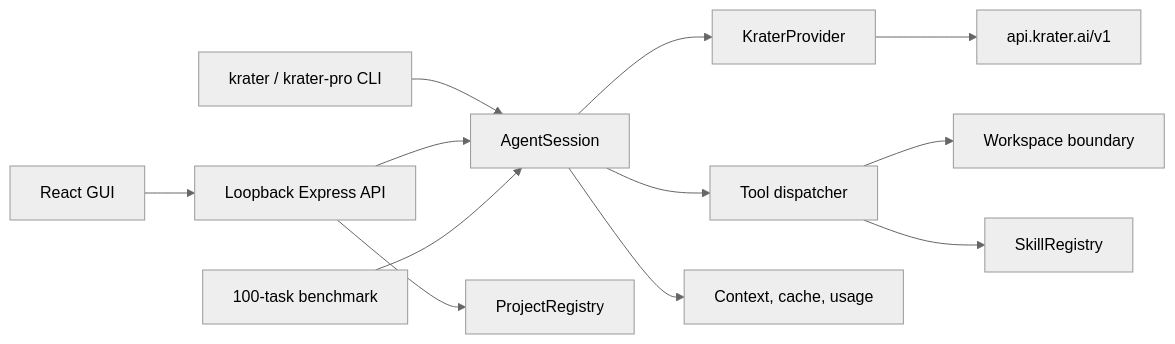
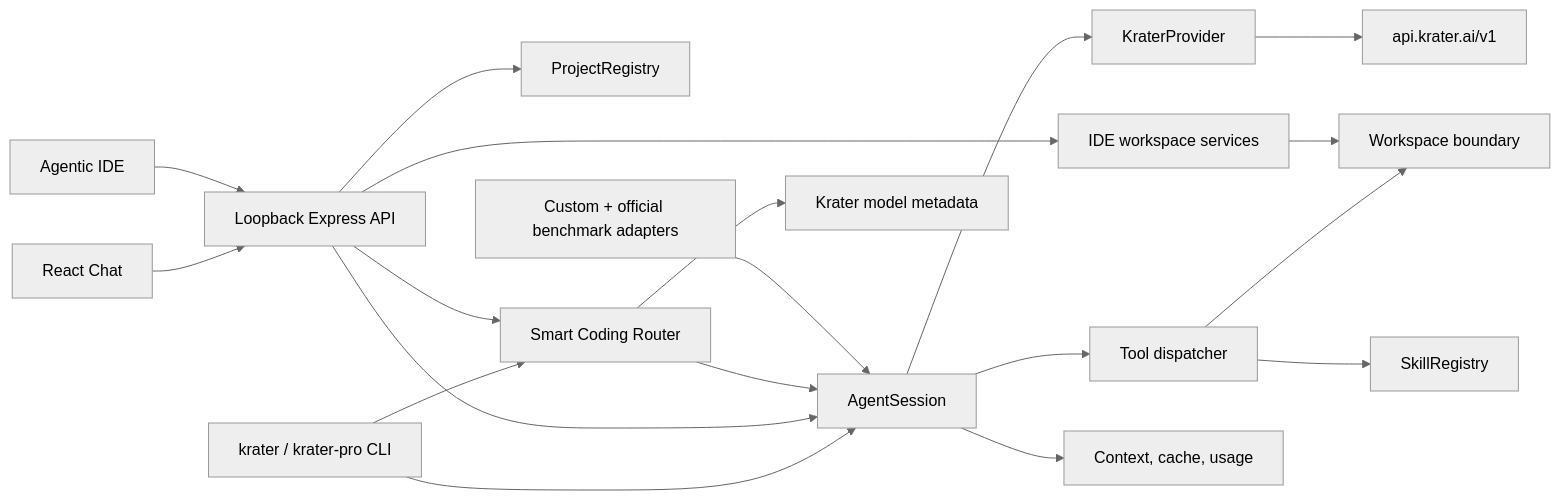
Before and after one commit to SupratimSircar05/krater-pro: the diagram in docs/ARCHITECTURE.md, drawn with Mermaid (neutral theme). The commit also changed other lines of this file and 83 other files, not shown here.

First line of the commit message:
feat: ship Krater Pro agentic IDE

````diff
--- a/docs/ARCHITECTURE.md
+++ b/docs/ARCHITECTURE.md
@@ -3,14 +3,21 @@
 ```mermaid
 flowchart LR
     CLI["krater / krater-pro CLI"] --> Agent["AgentSession"]
-    GUI["React GUI"] --> API["Loopback Express API"]
+    Chat["React Chat"] --> API["Loopback Express API"]
+    IDE["Agentic IDE"] --> API
     API --> Projects["ProjectRegistry"]
     API --> Agent
+    API --> IDEWorkspace["IDE workspace services"]
+    CLI --> Router["Smart Coding Router"]
+    API --> Router
+    Router --> Catalog["Krater model metadata"]
+    Router --> Agent
     Agent --> Provider["KraterProvider"]
     Provider --> Krater["api.krater.ai/v1"]
     Agent --> Tools["Tool dispatcher"]
     Tools --> Workspace["Workspace boundary"]
     Tools --> Skills["SkillRegistry"]
+    IDEWorkspace --> Workspace
     Agent --> Efficiency["Context, cache, usage"]
-    Bench["100-task benchmark"] --> Agent
+    Bench["Custom + official benchmark adapters"] --> Agent
 ```
````
